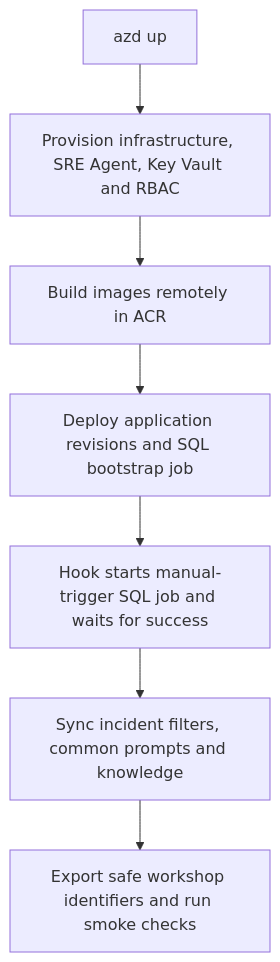
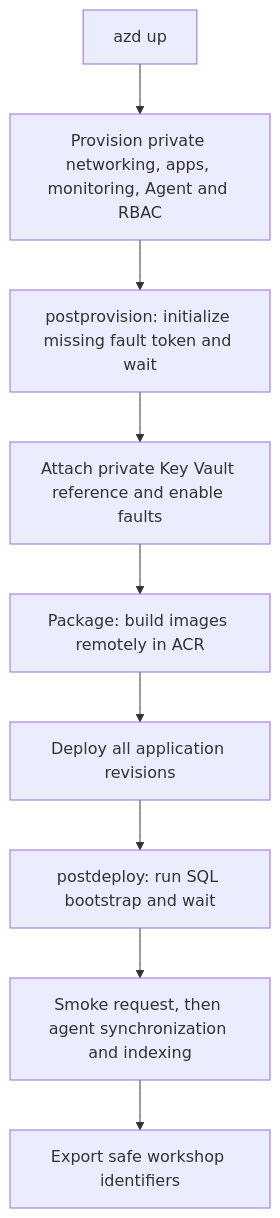
The diagram in docs/sre/03-deploy-infrastructure/index.md (charliekw411/sre-agent-workshop), drawn with Mermaid before and after one commit. The commit also changed other lines of this file and 29 other files, not shown here.

First line of the commit message:
Support private SQL and Key Vault in workshop deployment

````diff
--- a/docs/sre/03-deploy-infrastructure/index.md
+++ b/docs/sre/03-deploy-infrastructure/index.md
@@ -36,9 +40,11 @@
 ```mermaid
 flowchart TD
-    A[azd up] --> B[Provision infrastructure, SRE Agent, Key Vault and RBAC]
-    B --> C[Build images remotely in ACR]
-    C --> D[Deploy application revisions and SQL bootstrap job]
-    D --> E[Hook starts manual-trigger SQL job and waits for success]
-    E --> F[Sync incident filters, common prompts and knowledge]
-    F --> G[Export safe workshop identifiers and run smoke checks]
+    A[azd up] --> B[Provision private networking, apps, monitoring, Agent and RBAC]
+    B --> C[postprovision: initialize missing fault token and wait]
+    C --> D[Attach private Key Vault reference and enable faults]
+    D --> E[Package: build images remotely in ACR]
+    E --> F[Deploy all application revisions]
+    F --> G[postdeploy: run SQL bootstrap and wait]
+    G --> H[Smoke request, then agent synchronization and indexing]
+    H --> I[Export safe workshop identifiers]
 ```
````
